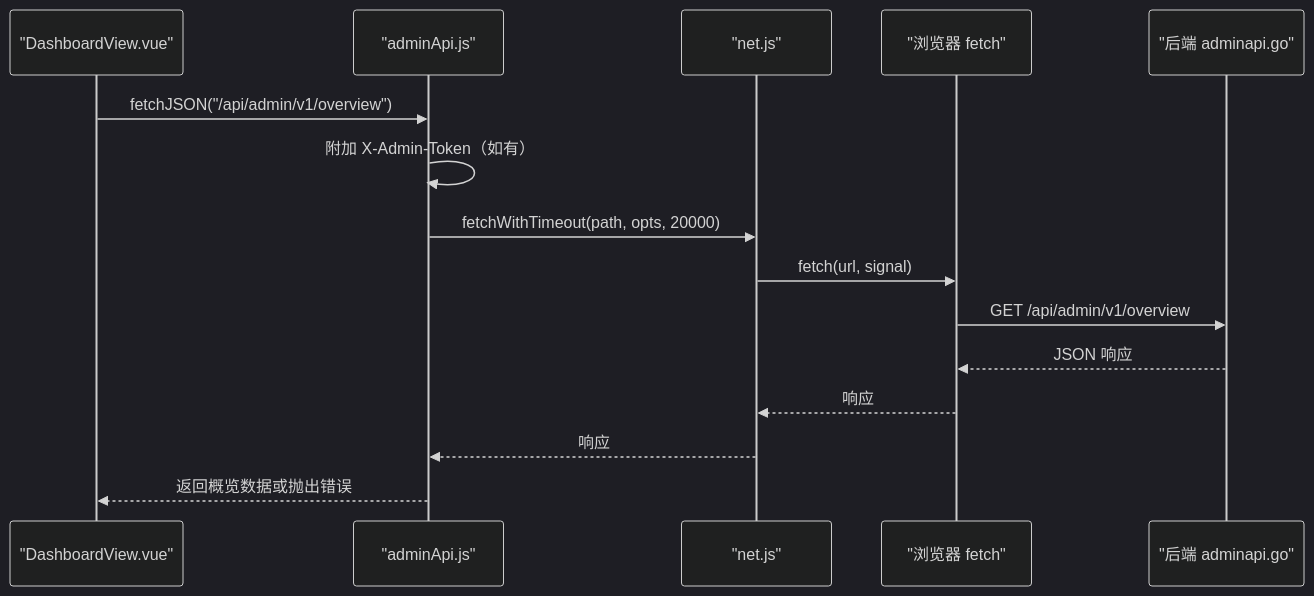
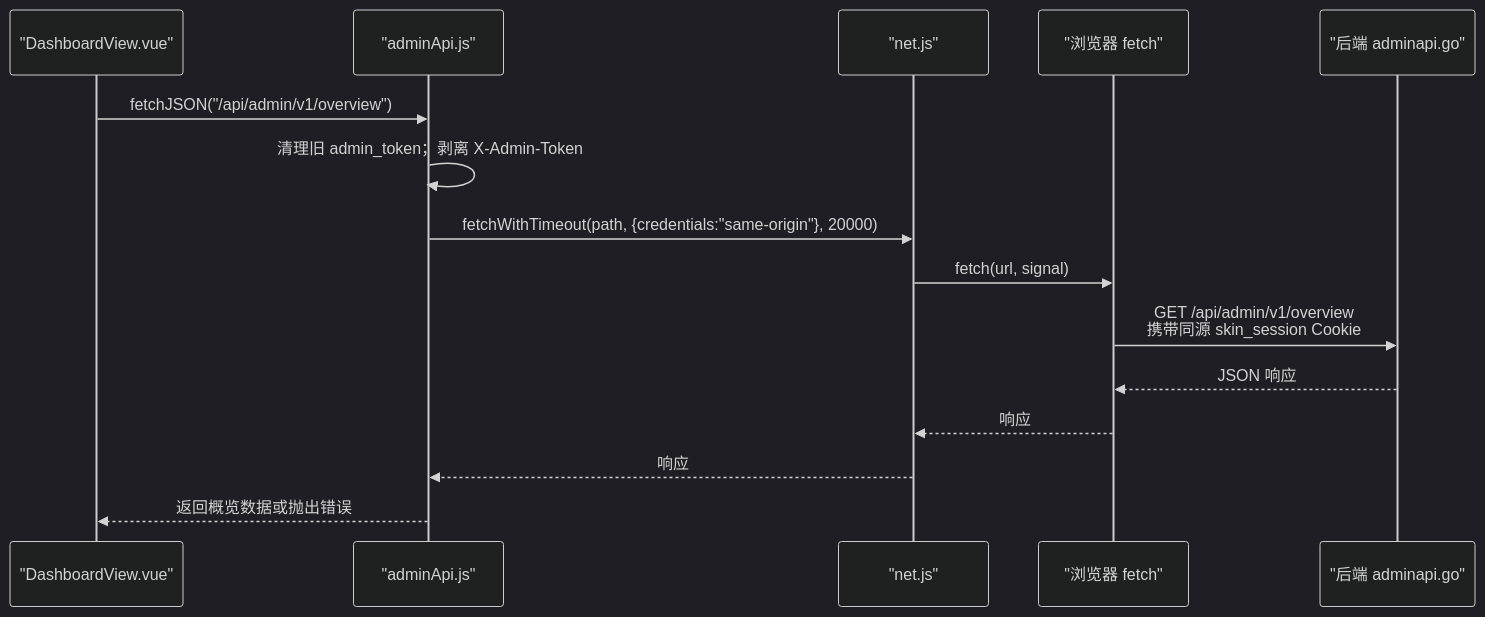
One commit to YimingZhanshen/skin-nexus changed the third of 7 diagrams in docs/handbook/API-客户端封装.md. Above: the diagram before and after it, drawn with Mermaid (dark theme). The commit also changed other lines of this file and 24 other files, not shown here.

````diff
--- a/docs/handbook/API-客户端封装.md
+++ b/docs/handbook/API-客户端封装.md
@@ -204,18 +204,18 @@
 ```mermaid
 sequenceDiagram
     participant View as "DashboardView.vue"
     participant AdminAPI as "adminApi.js"
     participant NET as "net.js"
     participant Browser as "浏览器 fetch"
     participant Server as "后端 adminapi.go"
 
     View->>AdminAPI: fetchJSON("/api/admin/v1/overview")
-    AdminAPI->>AdminAPI: 附加 X-Admin-Token（如有）
-    AdminAPI->>NET: fetchWithTimeout(path, opts, 20000)
+    AdminAPI->>AdminAPI: 清理旧 admin_token；剥离 X-Admin-Token
+    AdminAPI->>NET: fetchWithTimeout(path, {credentials:"same-origin"}, 20000)
     NET->>Browser: fetch(url, signal)
-    Browser->>Server: GET /api/admin/v1/overview
+    Browser->>Server: GET /api/admin/v1/overview<br/>携带同源 skin_session Cookie
     Server-->>Browser: JSON 响应
     Browser-->>NET: 响应
     NET-->>AdminAPI: 响应
     AdminAPI-->>View: 返回概览数据或抛出错误
 ```
````
